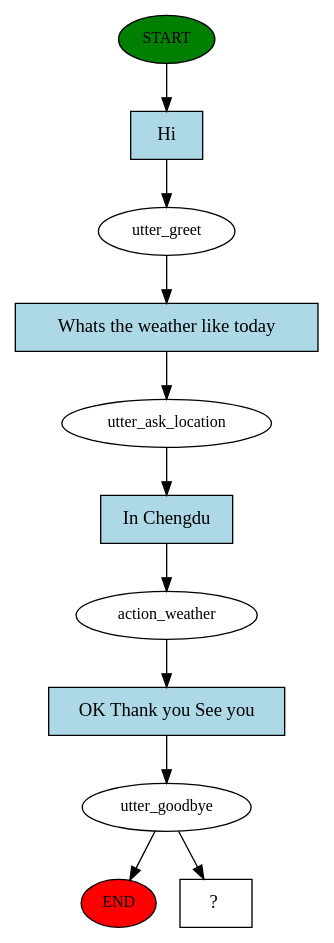
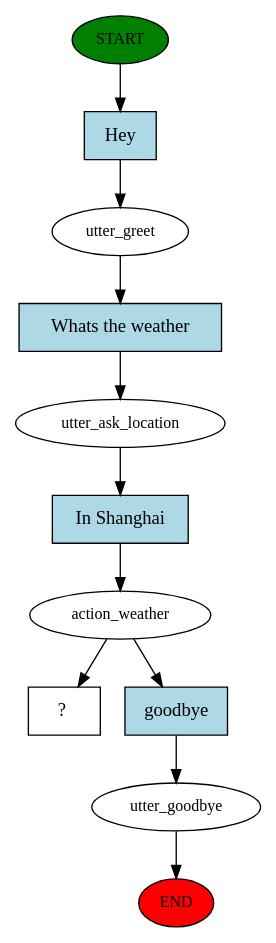
One commit to ChikkaUdayaSai/rasa_bot changed the diagram in story_graph.dot. Above: the diagram before and after it, drawn with Graphviz. The commit also changed 4 other files, not shown here.

```diff
--- a/story_graph.dot
+++ b/story_graph.dot
@@ -1,23 +1,23 @@
 digraph  {
 0 [class="start active", fillcolor=green, fontsize=12, label=START, style=filled];
 "-1" [class=end, fillcolor=red, fontsize=12, label=END, style=filled];
 1 [class=active, fontsize=12, label=utter_greet];
 2 [class=active, fontsize=12, label=utter_ask_location];
 3 [class=active, fontsize=12, label=action_weather];
-4 [class=active, fontsize=12, label=utter_goodbye];
-9 [class="intent dashed active", label="  ?  ", shape=rect];
-10 [class="intent active", fillcolor=lightblue, label=Hi, shape=rect, style=filled];
-11 [class="intent active", fillcolor=lightblue, label="Whats the weather like today", shape=rect, style=filled];
-12 [class="intent active", fillcolor=lightblue, label="In Chengdu", shape=rect, style=filled];
-13 [class="intent active", fillcolor=lightblue, label="OK Thank you See you", shape=rect, style=filled];
-0 -> 10  [class=active, key=0];
-1 -> 11  [class=active, key=0];
-2 -> 12  [class=active, key=0];
-3 -> 13  [class=active, key=0];
+4 [class="", fontsize=12, label=utter_goodbye];
+8 [class="intent dashed active", label="  ?  ", shape=rect];
+9 [class="intent active", fillcolor=lightblue, label=Hey, shape=rect, style=filled];
+10 [class="intent active", fillcolor=lightblue, label="Whats the weather", shape=rect, style=filled];
+11 [class="intent active", fillcolor=lightblue, label="In Shanghai", shape=rect, style=filled];
+12 [class=intent, fillcolor=lightblue, label=goodbye, shape=rect, style=filled];
+0 -> 9  [class=active, key=0];
+1 -> 10  [class=active, key=0];
+2 -> 11  [class=active, key=0];
+3 -> 8  [class=active, key=NONE, label=""];
+3 -> 12  [class="", key=0];
 4 -> "-1"  [class="", key=NONE, label=""];
-4 -> 9  [class=active, key=NONE, label=""];
-10 -> 1  [class=active, key=0];
-11 -> 2  [class=active, key=0];
-12 -> 3  [class=active, key=0];
-13 -> 4  [class=active, key=0];
+9 -> 1  [class=active, key=0];
+10 -> 2  [class=active, key=0];
+11 -> 3  [class=active, key=0];
+12 -> 4  [class="", key=0];
 }
```
